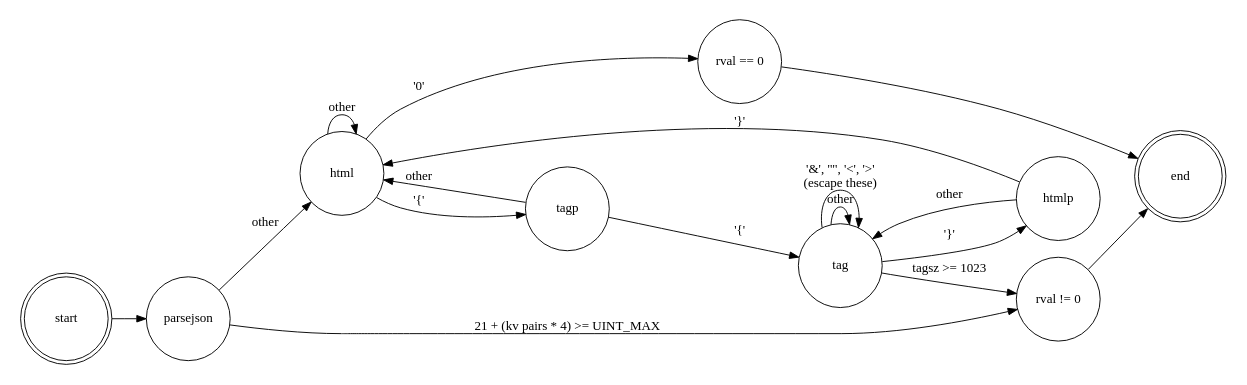
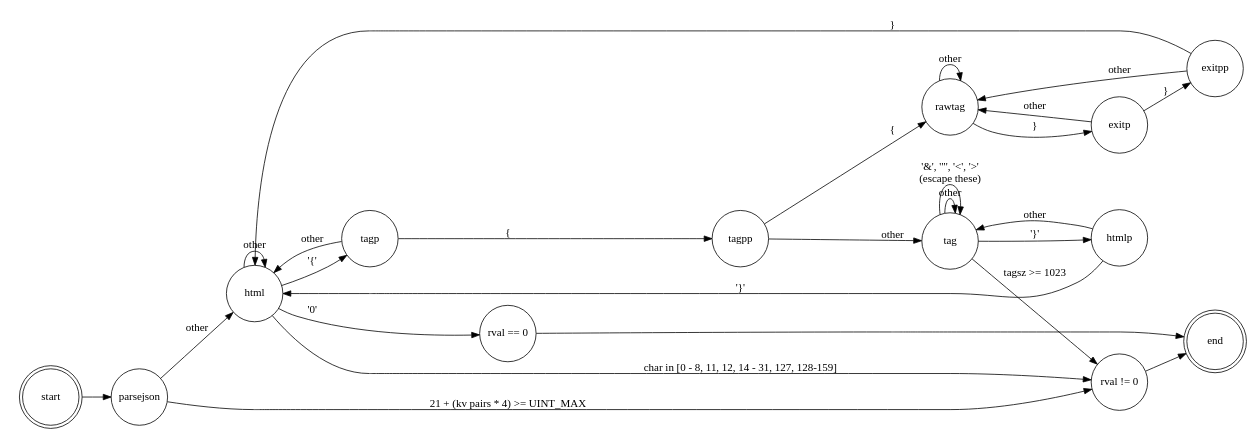
The diagram in doc/state.dot (mbucc/cmustache), drawn with Graphviz before and after one commit. The commit also changed 2 other files, not shown here.

Commit message:
Update state diagram with next steps.  Getting complex ...

```diff
--- a/doc/state.dot
+++ b/doc/state.dot
@@ -1,31 +1,44 @@
 digraph State {
 	rankdir=LR;
 	size="8,5"
-	node [shape = doublecircle,width=1.25,fixedsize=true]; start, end;
-	node [shape = circle,width=1.25,fixedsize=true];
+	node [shape = doublecircle,width=1,fixedsize=true]; start, end;
+	node [shape = circle,width=1,fixedsize=true];
 
 	start		-> parsejson;
 
 	parsejson	-> html		[label = "other" ];
 	parsejson	-> "rval != 0"	[label = "21 + (kv pairs * 4) >= UINT_MAX" ];
 
 	html		-> tagp		[ label = "'{'" ];
 	html		-> html			[ label = "other" ];
 	html		-> "rval == 0"		[ label = "'\0'" ];
+	html 	-> "rval != 0"		[ label = "char in [0 - 8, 11, 12, 14 - 31, 127, 128-159]" ];
 
-	tagp		-> tag			[ label = "'{'" ];
+	tagp		-> tagpp			[label = "{" ];
 	tagp		-> html			[label = "other" ];
+
+	tagpp	-> rawtag			[label = "{" ];
+	tagpp	-> tag			[label = "other" ];
 
 	htmlp		-> html			[ label = "'}'" ];
 	htmlp		-> tag			[label = "other" ];
+
+	rawtag	-> exitp		[label = "}" ];
+	rawtag	-> rawtag		[label = "other" ];
+
+	exitp		-> exitpp		[label = "}" ];
+	exitp		-> rawtag		[label = "other" ];
+
+	exitpp	-> html		[label = "}" ];
+	exitpp	-> rawtag		[label = "other" ];
 
 	tag		-> htmlp		[ label = "'}'" ];
 	tag		-> "rval != 0"		[ label = "tagsz >= 1023" ];
 	tag		-> tag			[ label = "other" ];
 	tag		-> tag			[ label = "'&', '\"', '<', '>'\n(escape these)" ];
 
 
 	"rval == 0"	-> end;
 	"rval != 0"	-> end;
 
 }
```
